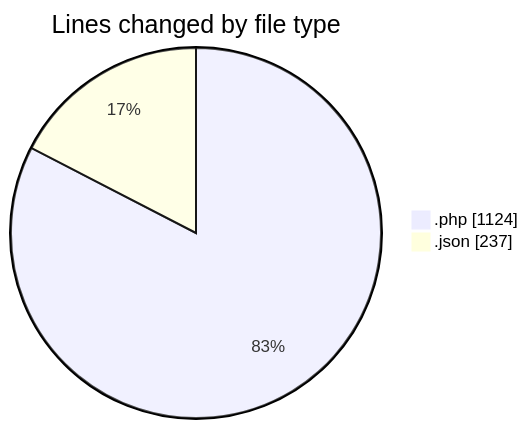
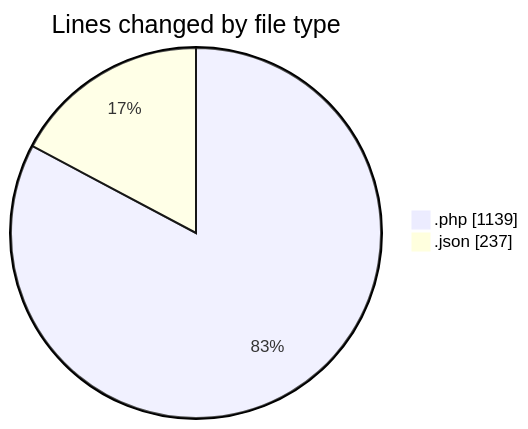
The first of 2 diagrams in 2025-05-28/studio-backend/README.md (idhammustaqopulfikri/code-tracking), drawn with Mermaid before and after one commit. The commit also changed other lines of this file and 1 other file, not shown here.

````diff
--- a/2025-05-28/studio-backend/README.md
+++ b/2025-05-28/studio-backend/README.md
@@ -38,6 +38,6 @@
 ```mermaid
 pie showData
 title Lines changed by file type
-".php" : 1124
+".php" : 1139
 ".json" : 237
 ```
````
